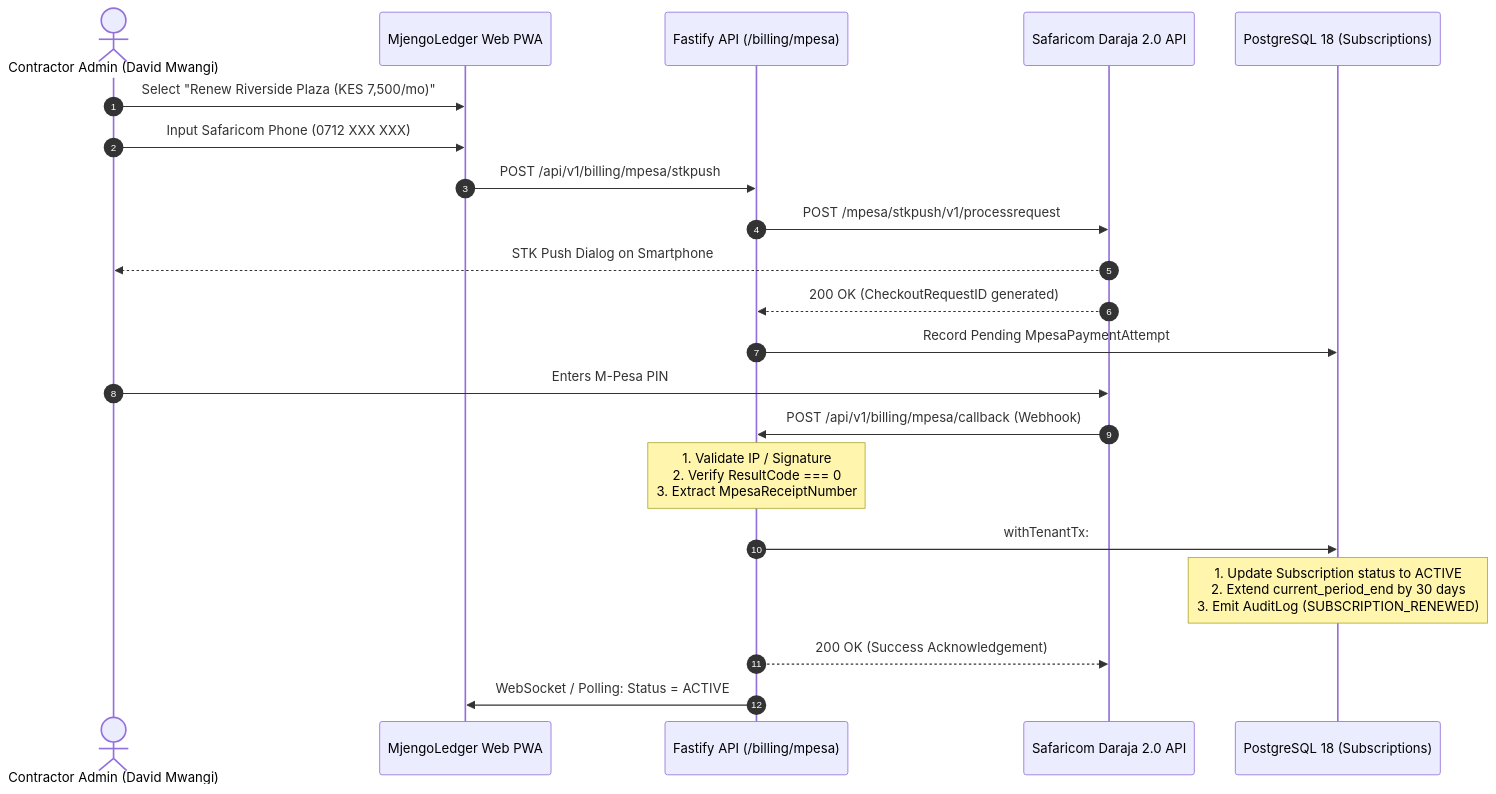
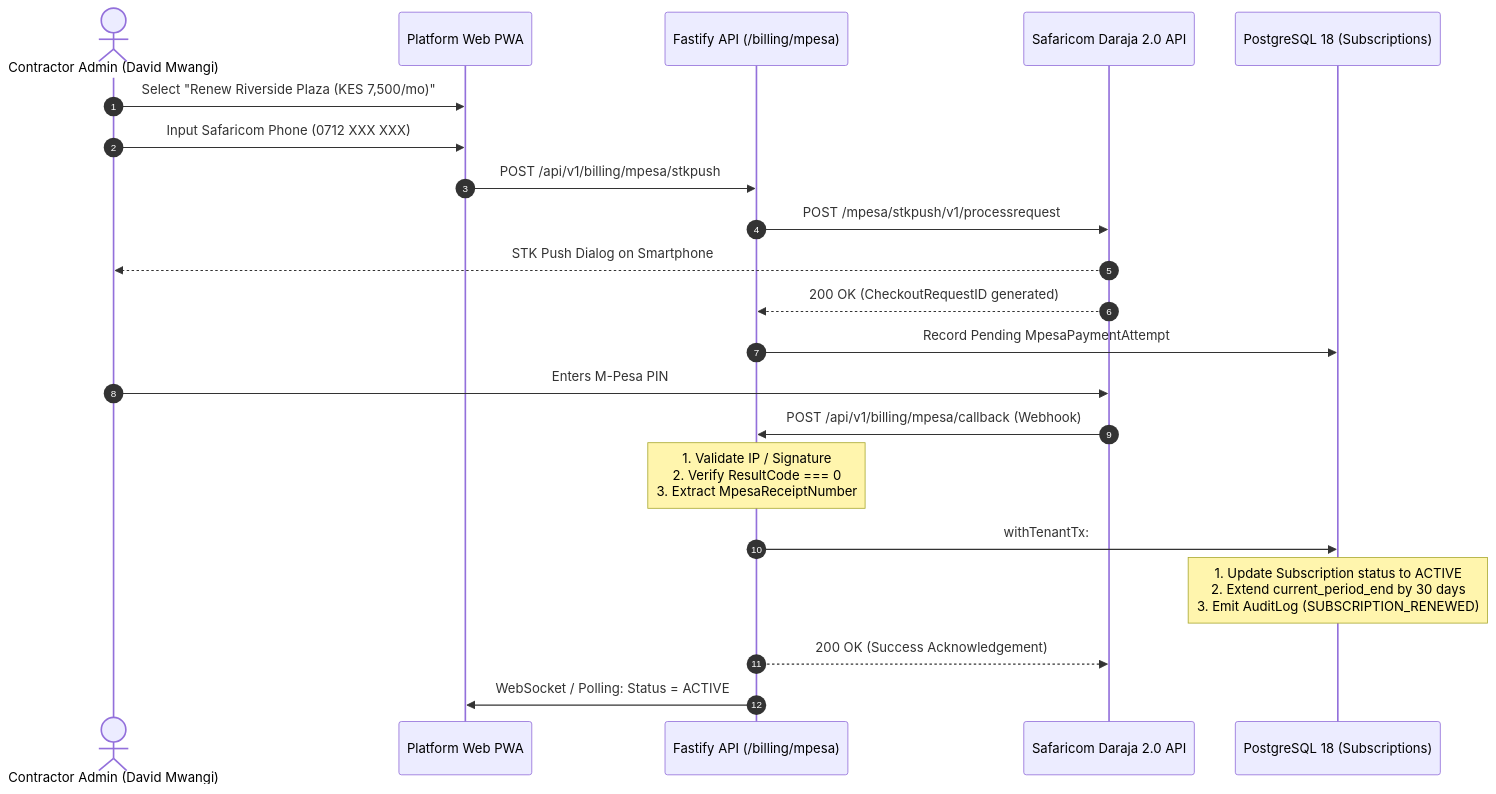
The diagram in docs/adr/ADR-006-daraja-mpesa-billing.md (parrot-y/Construction), drawn with Mermaid before and after one commit. The commit also changed other lines of this file and 71 other files, not shown here.

````diff
--- a/docs/adr/ADR-006-daraja-mpesa-billing.md
+++ b/docs/adr/ADR-006-daraja-mpesa-billing.md
@@ -34,25 +34,25 @@
 ```mermaid
 sequenceDiagram
     autonumber
     actor Admin as Contractor Admin (David Mwangi)
-    participant UI as MjengoLedger Web PWA
+    participant UI as Platform Web PWA
     participant API as Fastify API (/billing/mpesa)
     participant Daraja as Safaricom Daraja 2.0 API
     participant DB as PostgreSQL 18 (Subscriptions)
 
     Admin->>UI: Select "Renew Riverside Plaza (KES 7,500/mo)"
     Admin->>UI: Input Safaricom Phone (0712 XXX XXX)
     UI->>API: POST /api/v1/billing/mpesa/stkpush
     API->>Daraja: POST /mpesa/stkpush/v1/processrequest
     Daraja-->>Admin: STK Push Dialog on Smartphone
     Daraja-->>API: 200 OK (CheckoutRequestID generated)
     API->>DB: Record Pending MpesaPaymentAttempt
 
     Admin->>Daraja: Enters M-Pesa PIN
     Daraja->>API: POST /api/v1/billing/mpesa/callback (Webhook)
     Note over API: 1. Validate IP / Signature<br/>2. Verify ResultCode === 0<br/>3. Extract MpesaReceiptNumber
     API->>DB: withTenantTx:
     Note over DB: 1. Update Subscription status to ACTIVE<br/>2. Extend current_period_end by 30 days<br/>3. Emit AuditLog (SUBSCRIPTION_RENEWED)
     API-->>Daraja: 200 OK (Success Acknowledgement)
     API->>UI: WebSocket / Polling: Status = ACTIVE
 ```
````
